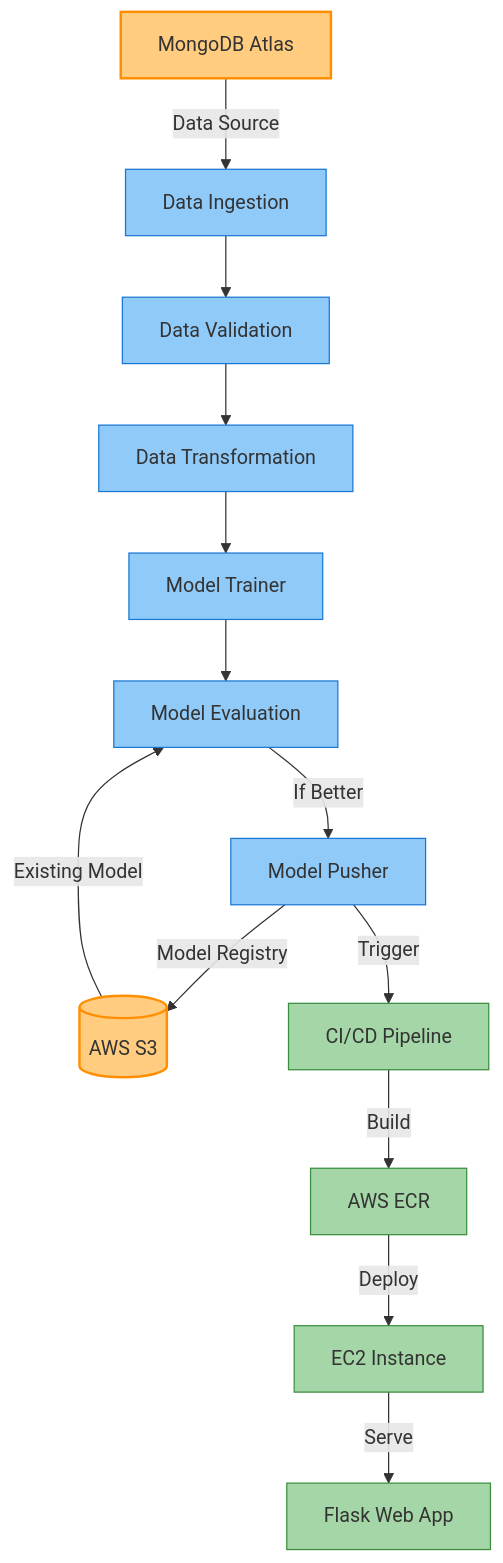
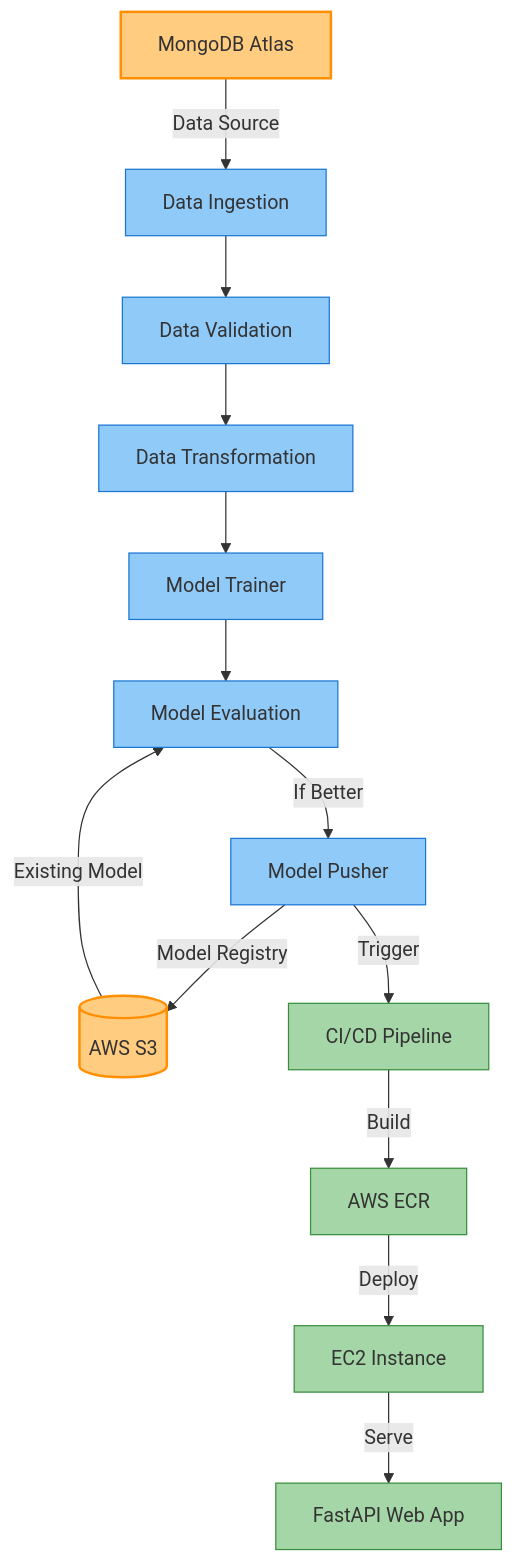
One commit to bhavesh2205/MLOps-Vehicle-Insurance-Claim-Prediction changed the diagram in README.md. Above: the diagram before and after it, drawn with Mermaid.

Commit message:
CICD-test-4

````diff
--- a/README.md
+++ b/README.md
@@ -51,23 +51,23 @@
 ```mermaid
 graph TD
     MongoDB[MongoDB Atlas] -->|Data Source| DI[Data Ingestion]
     DI --> DV[Data Validation]
     DV --> DT[Data Transformation]
     DT --> MT[Model Trainer]
     MT --> ME[Model Evaluation]
     S3[(AWS S3)] -->|Existing Model| ME
     ME -->|If Better| MP[Model Pusher]
     MP -->|Model Registry| S3
     MP -->|Trigger| CICD[CI/CD Pipeline]
     CICD -->|Build| ECR[AWS ECR]
     ECR -->|Deploy| EC2[EC2 Instance]
-    EC2 -->|Serve| APP[Flask Web App]
+    EC2 -->|Serve| APP[FastAPI Web App]
     
     classDef databases fill:#ffcc80,stroke:#ff8f00,stroke-width:2px
     classDef pipeline fill:#90caf9,stroke:#1976d2,stroke-width:1px
     classDef deployment fill:#a5d6a7,stroke:#388e3c,stroke-width:1px
     
     class MongoDB,S3 databases
     class DI,DV,DT,MT,ME,MP pipeline
     class ECR,EC2,APP,CICD deployment
 ```
````
